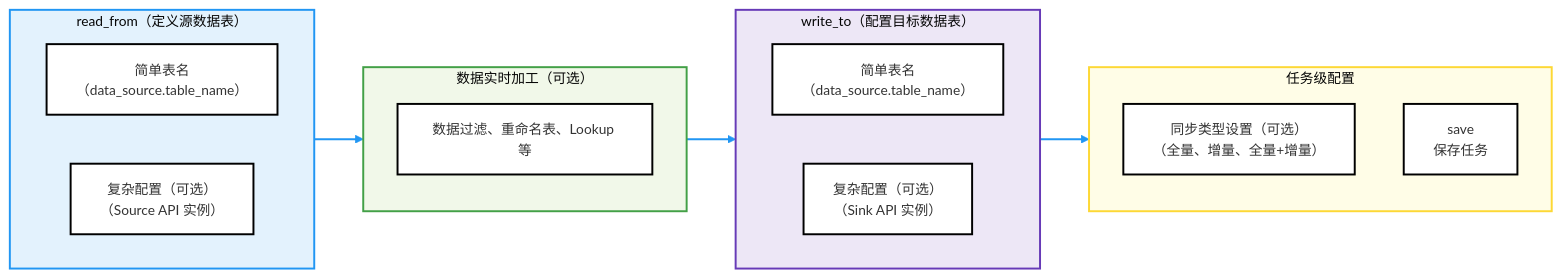
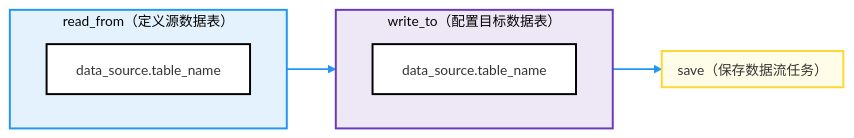
The first of 2 diagrams in docs/tapflow/api-reference/data-flow.md (tapdata/docs), drawn with Mermaid before and after one commit. The commit also changed other lines of this file, not shown here.

````diff
--- a/docs/tapflow/api-reference/data-flow.md
+++ b/docs/tapflow/api-reference/data-flow.md
@@ -12,46 +22,32 @@
 ```mermaid
 %%{ init: { 'theme': 'neo', 'themeVariables': { 'primaryColor': '#1E88E5', 'edgeLabelBackground':'#F1F8E9', 'tertiaryColor': '#FAFAFA'}} }%%
-
 flowchart LR
     %% 数据源部分
     subgraph read_from["read_from（定义源数据表）"]
         direction LR
-        table1["简单表名<br>（data_source.table_name）"]
-        table2["复杂配置（可选）<br>（Source API 实例）"]
-    end
-
-    %% Flow API 管道
-    subgraph flow_api["数据实时加工（可选）"]
-        direction TB
-        process_nodes["数据过滤、重命名表、Lookup 等"]
+        simple_table["data_source.table_name"]
     end
 
     %% 目标表部分
     subgraph write_to["write_to（配置目标数据表）"]
         direction LR
-        simple_target["简单表名<br>（data_source.table_name）"]
-        complex_target["复杂配置（可选）<br>（Sink API 实例）"]
+        simple_target["data_source.table_name"]
     end
 
-    %% 同步类型和保存任务
-    subgraph sync_and_save["任务级配置"]
+    %% 保存数据流任务
+    subgraph sync_and_save["save（保存数据流任务）"]
         direction TB
-        sync_type["同步类型设置（可选）<br>（全量、增量、全量+增量）"]
-        save_task["save<br>保存任务"]
     end
 
     %% 数据流向连接
-    read_from --> process_nodes
-    process_nodes --> write_to
+    read_from --> write_to
     write_to --> sync_and_save
-
 
     %% 样式优化
     style read_from fill:#e3f2fd,stroke:#2196f3,stroke-width:2px,rounded
-    style flow_api fill:#f1f8e9,stroke:#43a047,stroke-width:2px,rounded
     style write_to fill:#ede7f6,stroke:#673ab7,stroke-width:2px,rounded
     style sync_and_save fill:#fffde7,stroke:#fdd835,stroke-width:2px,rounded
 
     %% 连接线和箭头样式优化
     linkStyle default stroke-width:2px,stroke:#2196f3,curve:basis
 ```
````
